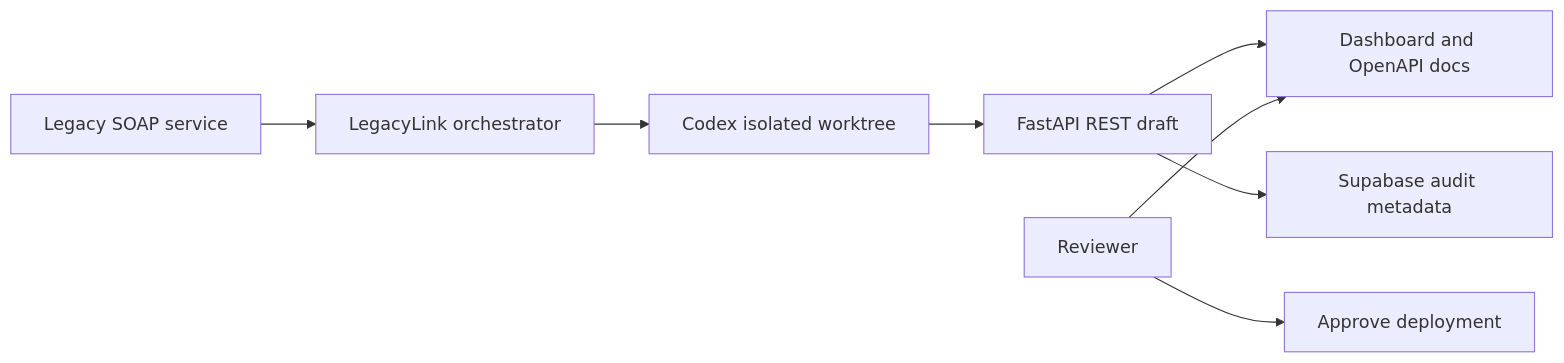
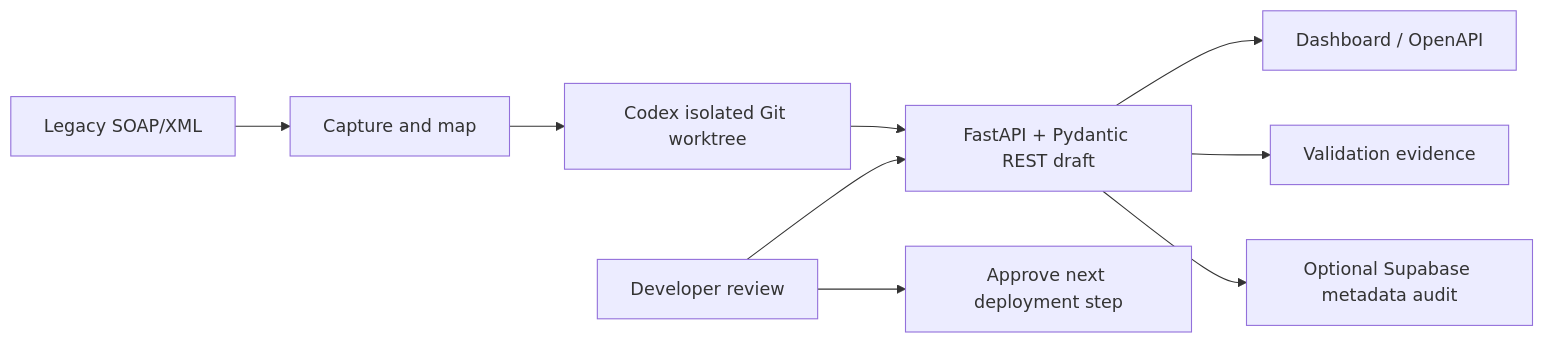
The diagram in README.md (monish-007/LegacyLink), drawn with Mermaid before and after one commit. The commit also changed other lines of this file, not shown here.

````diff
--- a/README.md
+++ b/README.md
@@ -29,10 +83,11 @@
 ```mermaid
 flowchart LR
-    A[Legacy SOAP service] --> B[LegacyLink orchestrator]
-    B --> C[Codex isolated worktree]
-    C --> D[FastAPI REST draft]
-    D --> E[Dashboard and OpenAPI docs]
-    D --> F[Supabase audit metadata]
-    G[Reviewer] --> E
-    G --> H[Approve deployment]
+    A[Legacy SOAP/XML] --> B[Capture and map]
+    B --> C[Codex isolated Git worktree]
+    C --> D[FastAPI + Pydantic REST draft]
+    D --> E[Dashboard / OpenAPI]
+    D --> F[Validation evidence]
+    D --> G[Optional Supabase metadata audit]
+    H[Developer review] --> D
+    H --> I[Approve next deployment step]
 ```
````
